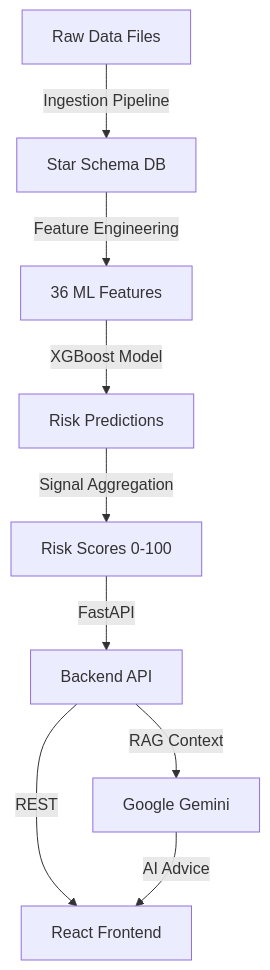
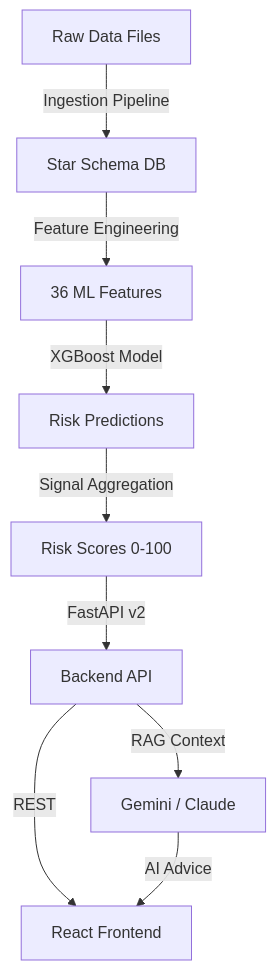
One commit to bishesh-droid/ews-retention-platform changed the diagram in README.md. Above: the diagram before and after it, drawn with Mermaid. The commit also changed other lines of this file, not shown here.

````diff
--- a/README.md
+++ b/README.md
@@ -54,11 +55,11 @@
 ```mermaid
 graph TB
     A[Raw Data Files] -->|Ingestion Pipeline| B[Star Schema DB]
     B -->|Feature Engineering| C[36 ML Features]
     C -->|XGBoost Model| D[Risk Predictions]
     D -->|Signal Aggregation| E[Risk Scores 0-100]
-    E -->|FastAPI| F[Backend API]
+    E -->|FastAPI v2| F[Backend API]
     F -->|REST| G[React Frontend]
-    F -->|RAG Context| H[Google Gemini]
+    F -->|RAG Context| H[Gemini / Claude]
     H -->|AI Advice| G
 ```
````
